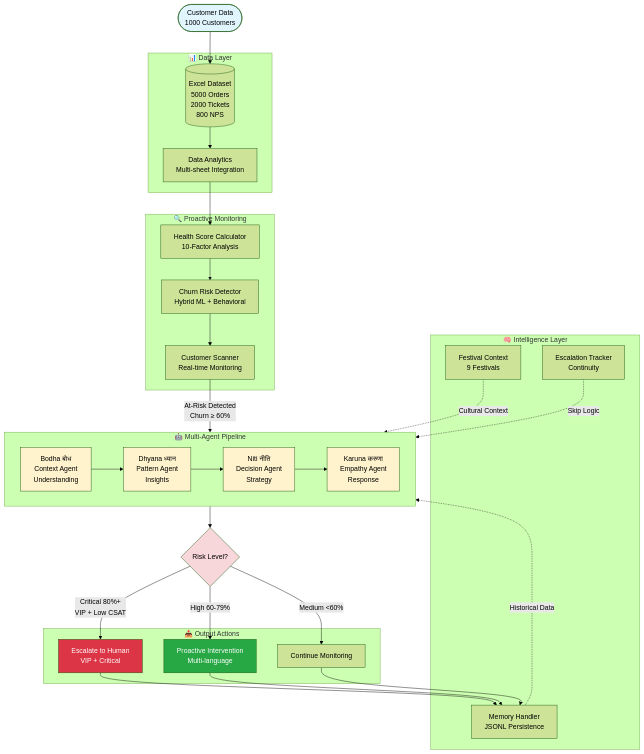
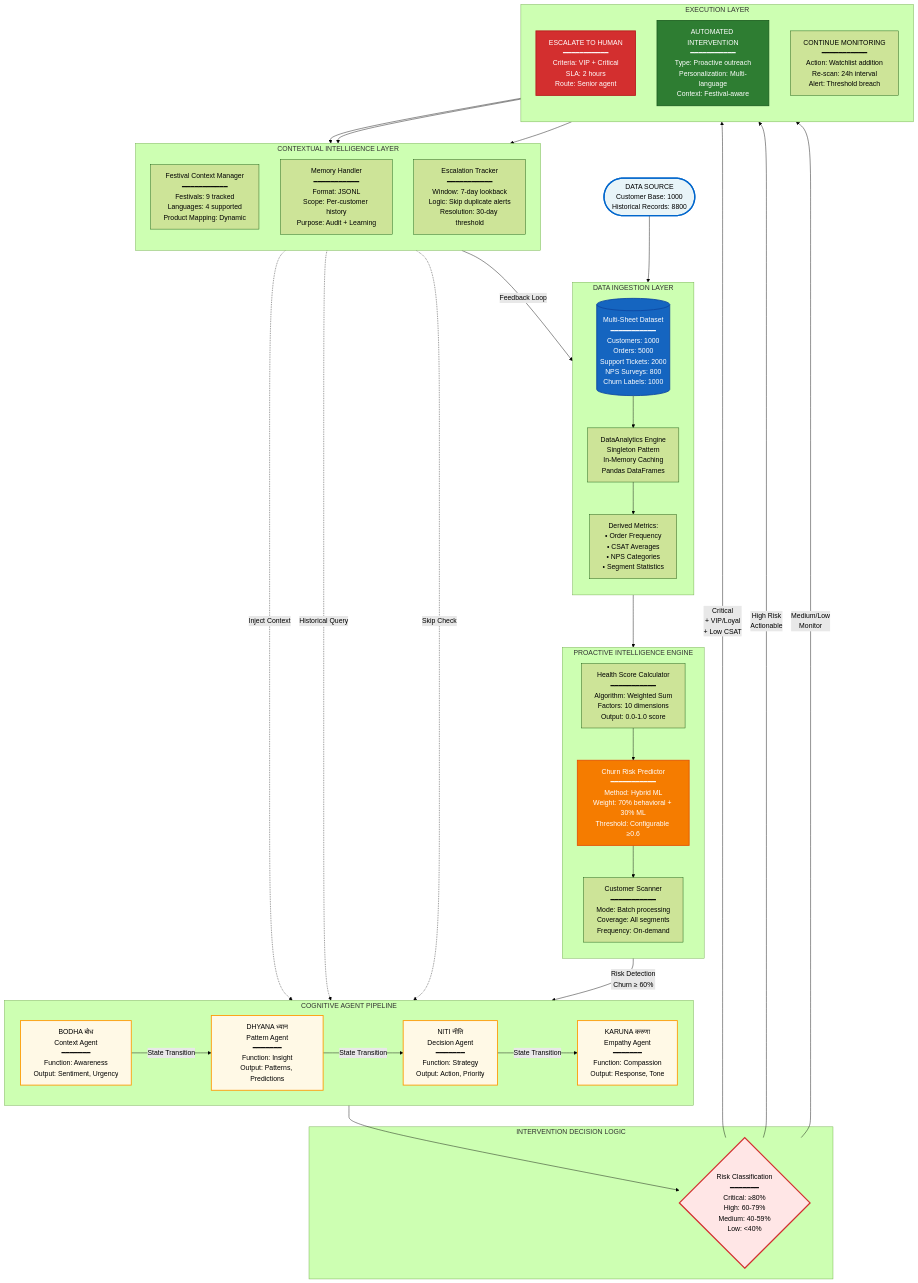
One commit to vijay-jha-dc/ProCX changed the first of 8 diagrams in docs/ARCHITECTURE_FLOWCHART.md. Above: the diagram before and after it, drawn with Mermaid (forest theme). The commit also changed other lines of this file and 1 other file, not shown here.

Commit message:
refactor: streamlined the architecture to only show two flowcharts

````diff
--- a/docs/ARCHITECTURE_FLOWCHART.md
+++ b/docs/ARCHITECTURE_FLOWCHART.md
@@ -12,68 +14,82 @@
 ```mermaid
 flowchart TB
-    Start([Customer Data<br/>1000 Customers])
+    Start([DATA SOURCE<br/>Customer Base: 1000<br/>Historical Records: 8800])
     
-    subgraph DataLayer["📊 Data Layer"]
-        Excel[(Excel Dataset<br/>5000 Orders<br/>2000 Tickets<br/>800 NPS)]
-        Analytics[Data Analytics<br/>Multi-sheet Integration]
+    subgraph DataLayer["DATA INGESTION LAYER"]
+        direction TB
+        Excel[(Multi-Sheet Dataset<br/>━━━━━━━━━━━<br/>Customers: 1000<br/>Orders: 5000<br/>Support Tickets: 2000<br/>NPS Surveys: 800<br/>Churn Labels: 1000)]
+        Analytics[DataAnalytics Engine<br/>Singleton Pattern<br/>In-Memory Caching<br/>Pandas DataFrames]
+        Derived[Derived Metrics:<br/>• Order Frequency<br/>• CSAT Averages<br/>• NPS Categories<br/>• Segment Statistics]
     end
     
-    subgraph Monitor["🔍 Proactive Monitoring"]
-        Health[Health Score Calculator<br/>10-Factor Analysis]
-        Churn[Churn Risk Detector<br/>Hybrid ML + Behavioral]
-        Scan[Customer Scanner<br/>Real-time Monitoring]
+    subgraph Monitor["PROACTIVE INTELLIGENCE ENGINE"]
+        direction TB
+        Health[Health Score Calculator<br/>━━━━━━━━━━━<br/>Algorithm: Weighted Sum<br/>Factors: 10 dimensions<br/>Output: 0.0-1.0 score]
+        Churn[Churn Risk Predictor<br/>━━━━━━━━━━━<br/>Method: Hybrid ML<br/>Weight: 70% behavioral + 30% ML<br/>Threshold: Configurable ≥0.6]
+        Scan[Customer Scanner<br/>━━━━━━━━━━━<br/>Mode: Batch processing<br/>Coverage: All segments<br/>Frequency: On-demand]
     end
     
-    subgraph Workflow["🤖 Multi-Agent Pipeline"]
+    subgraph Workflow["COGNITIVE AGENT PIPELINE"]
         direction LR
-        Bodha[Bodha बोध<br/>Context Agent<br/>Understanding]
-        Dhyana[Dhyana ध्यान<br/>Pattern Agent<br/>Insights]
-        Niti[Niti नीति<br/>Decision Agent<br/>Strategy]
-        Karuna[Karuna करुणा<br/>Empathy Agent<br/>Response]
+        Bodha[BODHA बोध<br/>Context Agent<br/>━━━━━━━<br/>Function: Awareness<br/>Output: Sentiment, Urgency]
+        Dhyana[DHYANA ध्यान<br/>Pattern Agent<br/>━━━━━━━<br/>Function: Insight<br/>Output: Patterns, Predictions]
+        Niti[NITI नीति<br/>Decision Agent<br/>━━━━━━━<br/>Function: Strategy<br/>Output: Action, Priority]
+        Karuna[KARUNA करुणा<br/>Empathy Agent<br/>━━━━━━━<br/>Function: Compassion<br/>Output: Response, Tone]
     end
     
-    subgraph Intelligence["🧠 Intelligence Layer"]
-        Festival[Festival Context<br/>9 Festivals]
-        Memory[Memory Handler<br/>JSONL Persistence]
-        Escalation[Escalation Tracker<br/>Continuity]
+    subgraph Intelligence["CONTEXTUAL INTELLIGENCE LAYER"]
+        direction TB
+        Festival[Festival Context Manager<br/>━━━━━━━━━━━<br/>Festivals: 9 tracked<br/>Languages: 4 supported<br/>Product Mapping: Dynamic]
+        Memory[Memory Handler<br/>━━━━━━━━━━━<br/>Format: JSONL<br/>Scope: Per-customer history<br/>Purpose: Audit + Learning]
+        Escalation[Escalation Tracker<br/>━━━━━━━━━━━<br/>Window: 7-day lookback<br/>Logic: Skip duplicate alerts<br/>Resolution: 30-day threshold]
     end
     
-    subgraph Output["📤 Output Actions"]
-        Intervention[Proactive Intervention<br/>Multi-language]
-        EscalateHuman[Escalate to Human<br/>VIP + Critical]
-        Monitor2[Continue Monitoring]
+    subgraph Decision["INTERVENTION DECISION LOGIC"]
+        RiskCheck{Risk Classification<br/>━━━━━━━<br/>Critical: ≥80%<br/>High: 60-79%<br/>Medium: 40-59%<br/>Low: <40%}
+    end
+    
+    subgraph Output["EXECUTION LAYER"]
+        direction TB
+        EscalateHuman[ESCALATE TO HUMAN<br/>━━━━━━━━━━━<br/>Criteria: VIP + Critical<br/>SLA: 2 hours<br/>Route: Senior agent]
+        Intervention[AUTOMATED INTERVENTION<br/>━━━━━━━━━━━<br/>Type: Proactive outreach<br/>Personalization: Multi-language<br/>Context: Festival-aware]
+        Monitor2[CONTINUE MONITORING<br/>━━━━━━━━━━━<br/>Action: Watchlist addition<br/>Re-scan: 24h interval<br/>Alert: Threshold breach]
     end
     
     Start --> Excel
     Excel --> Analytics
-    Analytics --> Health
+    Analytics --> Derived
+    Derived --> Health
     Health --> Churn
     Churn --> Scan
     
-    Scan -->|At-Risk Detected<br/>Churn ≥ 60%| Bodha
-    Bodha --> Dhyana
-    Dhyana --> Niti
-    Niti --> Karuna
+    Scan -->|Risk Detection<br/>Churn ≥ 60%| Bodha
+    Bodha -->|State Transition| Dhyana
+    Dhyana -->|State Transition| Niti
+    Niti -->|State Transition| Karuna
     
-    Festival -.->|Cultural Context| Karuna
-    Memory -.->|Historical Data| Dhyana
-    Escalation -.->|Skip Logic| Niti
+    Festival -.->|Inject Context| Karuna
+    Memory -.->|Historical Query| Dhyana
+    Escalation -.->|Skip Check| Niti
     
-    Karuna --> Decision{Risk Level?}
-    Decision -->|Critical 80%+<br/>VIP + Low CSAT| EscalateHuman
-    Decision -->|High 60-79%| Intervention
-    Decision -->|Medium <60%| Monitor2
+    Karuna --> RiskCheck
+    RiskCheck -->|Critical<br/>+ VIP/Loyal<br/>+ Low CSAT| EscalateHuman
+    RiskCheck -->|High Risk<br/>Actionable| Intervention
+    RiskCheck -->|Medium/Low<br/>Monitor| Monitor2
     
     EscalateHuman --> Memory
     Intervention --> Memory
     Monitor2 --> Memory
     
-    style Start fill:#e1f5ff
-    style Bodha fill:#fff3cd
-    style Dhyana fill:#fff3cd
-    style Niti fill:#fff3cd
-    style Karuna fill:#fff3cd
-    style Decision fill:#f8d7da
-    style EscalateHuman fill:#dc3545,color:#fff
-    style Intervention fill:#28a745,color:#fff
+    Memory -->|Feedback Loop| Analytics
+    
+    style Start fill:#e8f4f8,stroke:#0066cc,stroke-width:3px
+    style Bodha fill:#fff9e6,stroke:#ff9800,stroke-width:2px
+    style Dhyana fill:#fff9e6,stroke:#ff9800,stroke-width:2px
+    style Niti fill:#fff9e6,stroke:#ff9800,stroke-width:2px
+    style Karuna fill:#fff9e6,stroke:#ff9800,stroke-width:2px
+    style RiskCheck fill:#ffe6e6,stroke:#d32f2f,stroke-width:3px
+    style EscalateHuman fill:#d32f2f,color:#fff,stroke:#b71c1c,stroke-width:2px
+    style Intervention fill:#2e7d32,color:#fff,stroke:#1b5e20,stroke-width:2px
+    style Excel fill:#1565c0,color:#fff,stroke:#0d47a1,stroke-width:2px
+    style Churn fill:#f57c00,color:#fff,stroke:#e65100,stroke-width:2px
 ```
````
